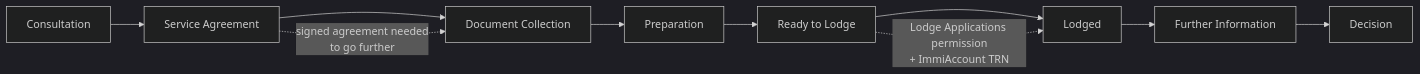
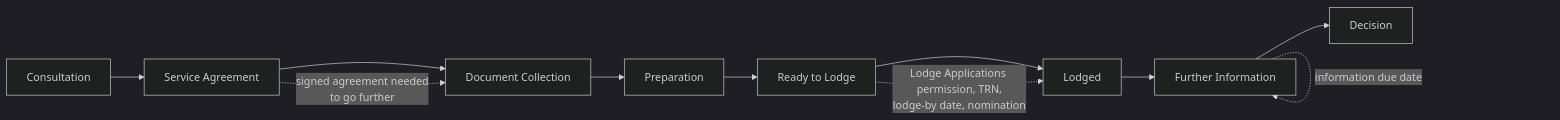
One commit to SatwikNarangSegueIT/CRM-Migration-agent changed the third of 5 diagrams in docs/domain-workflows.md. Above: the diagram before and after it, drawn with Mermaid (dark theme). The commit also changed other lines of this file and 33 other files, not shown here.

````diff
--- a/docs/domain-workflows.md
+++ b/docs/domain-workflows.md
@@ -168,6 +218,7 @@
 ```mermaid
 flowchart LR
   C[Consultation] --> SA[Service Agreement] --> DC[Document Collection] --> P[Preparation] --> R[Ready to Lodge] --> L[Lodged] --> F[Further Information] --> D[Decision]
   SA -. "signed agreement needed<br/>to go further" .-> DC
-  R -. "Lodge Applications permission<br/>+ ImmiAccount TRN" .-> L
+  R -. "Lodge Applications permission, TRN,<br/>lodge-by date, nomination" .-> L
+  F -. "information due date" .-> F
 ```
````
